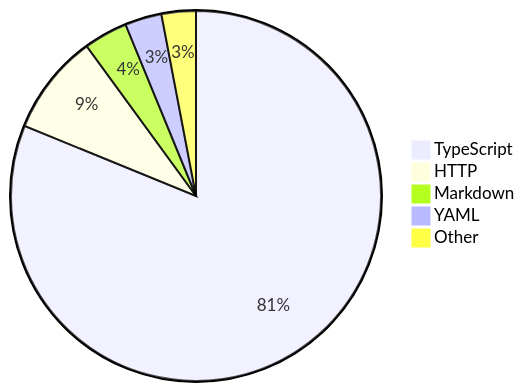
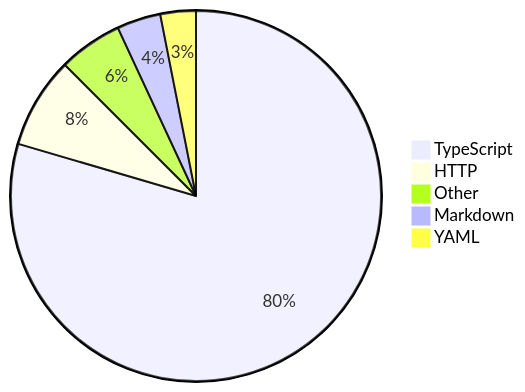
The diagram in README.md (skvggor/skvggor), drawn with Mermaid before and after one commit.

Commit message:
Updated waka-readme graph with new metrics

````diff
--- a/README.md
+++ b/README.md
@@ -16,8 +16,8 @@
 ```mermaid
 pie
-    "TypeScript" : 78.5
-    "HTTP" : 8.5
+    "TypeScript" : 77.0
+    "HTTP" : 7.7
+    "Other" : 5.4
     "Markdown" : 3.7
-    "YAML" : 3.1
-    "Other" : 2.9
+    "YAML" : 3.0
 ```
````
